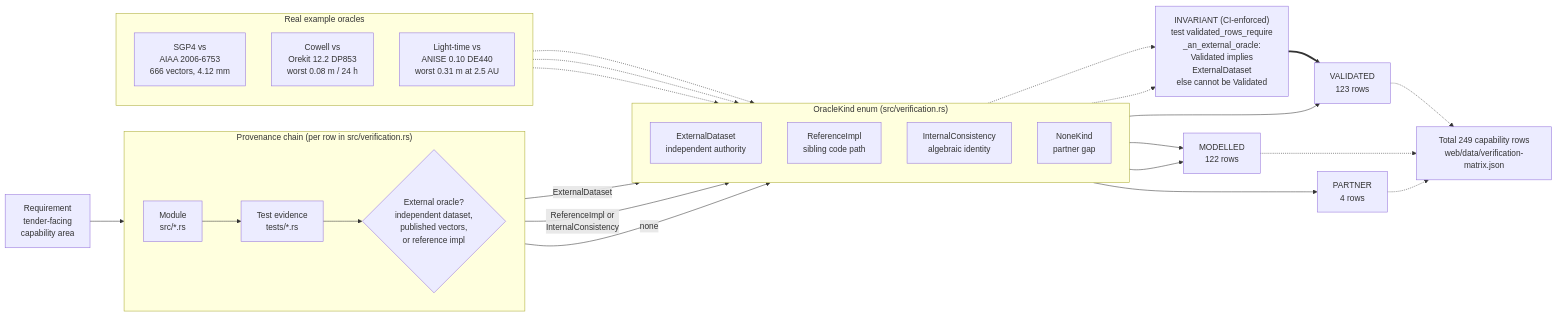
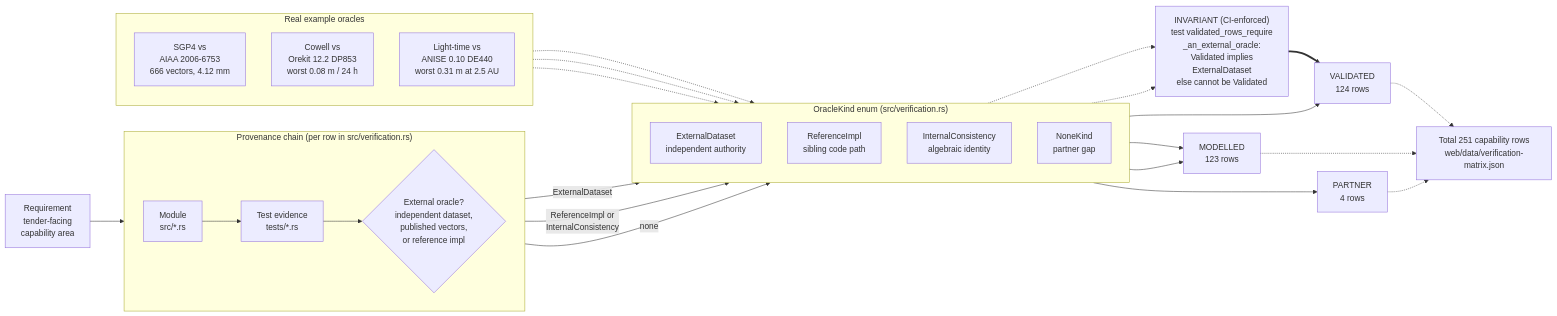
The diagram in docs/diagrams/validation-provenance.mmd (ashfordeOU/kshana), drawn with Mermaid before and after one commit. The commit also changed 95 other files, not shown here.

```diff
--- a/docs/diagrams/validation-provenance.mmd
+++ b/docs/diagrams/validation-provenance.mmd
@@ -1,49 +1,49 @@
 flowchart LR
     REQ["Requirement<br/>tender-facing<br/>capability area"]
 
     subgraph CHAIN["Provenance chain (per row in src/verification.rs)"]
         direction LR
         MOD["Module<br/>src/*.rs"]
         TST["Test evidence<br/>tests/*.rs"]
         ORA{"External oracle?<br/>independent dataset,<br/>published vectors,<br/>or reference impl"}
     end
 
     REQ --> MOD --> TST --> ORA
 
     subgraph KINDS["OracleKind enum (src/verification.rs)"]
         direction TD
         EXT["ExternalDataset<br/>independent authority"]
         REF["ReferenceImpl<br/>sibling code path"]
         INT["InternalConsistency<br/>algebraic identity"]
         NON["NoneKind<br/>partner gap"]
     end
 
     ORA -->|ExternalDataset| EXT
     ORA -->|"ReferenceImpl or<br/>InternalConsistency"| INT
     ORA -->|none| NON
 
     GUARD["INVARIANT (CI-enforced)<br/>test validated_rows_require<br/>_an_external_oracle:<br/>Validated implies<br/>ExternalDataset<br/>else cannot be Validated"]
     EXT -.-> GUARD
     INT -.-> GUARD
 
-    EXT --> VAL["VALIDATED<br/>123 rows"]
-    REF --> MDL["MODELLED<br/>122 rows"]
+    EXT --> VAL["VALIDATED<br/>124 rows"]
+    REF --> MDL["MODELLED<br/>123 rows"]
     INT --> MDL
     NON --> PRT["PARTNER<br/>4 rows"]
     GUARD ==> VAL
 
     subgraph EX["Real example oracles"]
         direction TD
         E1["SGP4 vs<br/>AIAA 2006-6753<br/>666 vectors, 4.12 mm"]
         E2["Cowell vs<br/>Orekit 12.2 DP853<br/>worst 0.08 m / 24 h"]
         E3["Light-time vs<br/>ANISE 0.10 DE440<br/>worst 0.31 m at 2.5 AU"]
     end
 
     E1 -.-> EXT
     E2 -.-> EXT
     E3 -.-> EXT
 
-    TOTAL["Total 249 capability rows<br/>web/data/verification-matrix.json"]
+    TOTAL["Total 251 capability rows<br/>web/data/verification-matrix.json"]
     VAL -.-> TOTAL
     MDL -.-> TOTAL
     PRT -.-> TOTAL
```
